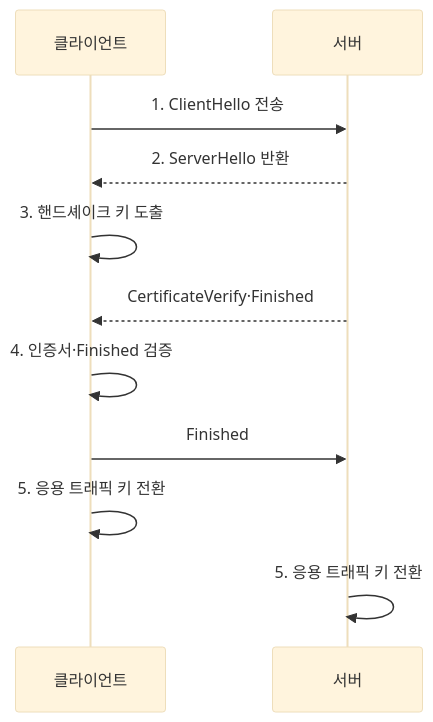
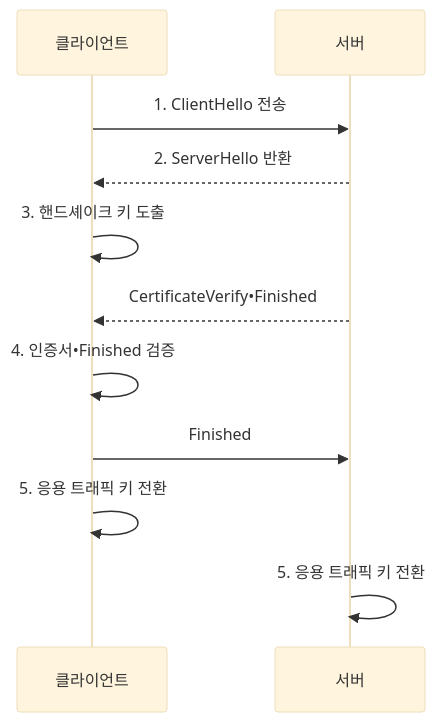
The second of 2 diagrams in src/content/docs/notes/05-security/011_tls_1_3_handshake.md (agnusdei1207/knowledge-base), drawn with Mermaid (base theme) before and after one commit. The commit also changed other lines of this file and 953 other files, not shown here.

````diff
--- a/src/content/docs/notes/05-security/011_tls_1_3_handshake.md
+++ b/src/content/docs/notes/05-security/011_tls_1_3_handshake.md
@@ -106,13 +106,13 @@
 ```mermaid
 sequenceDiagram
     participant C as 클라이언트
     participant S as 서버
     C->>S: 1. ClientHello 전송
     S-->>C: 2. ServerHello 반환
     C->>C: 3. 핸드셰이크 키 도출
-    S-->>C: CertificateVerify·Finished
-    C->>C: 4. 인증서·Finished 검증
+    S-->>C: CertificateVerify•Finished
+    C->>C: 4. 인증서•Finished 검증
     C->>S: Finished
     C->>C: 5. 응용 트래픽 키 전환
     S->>S: 5. 응용 트래픽 키 전환
 ```
````
